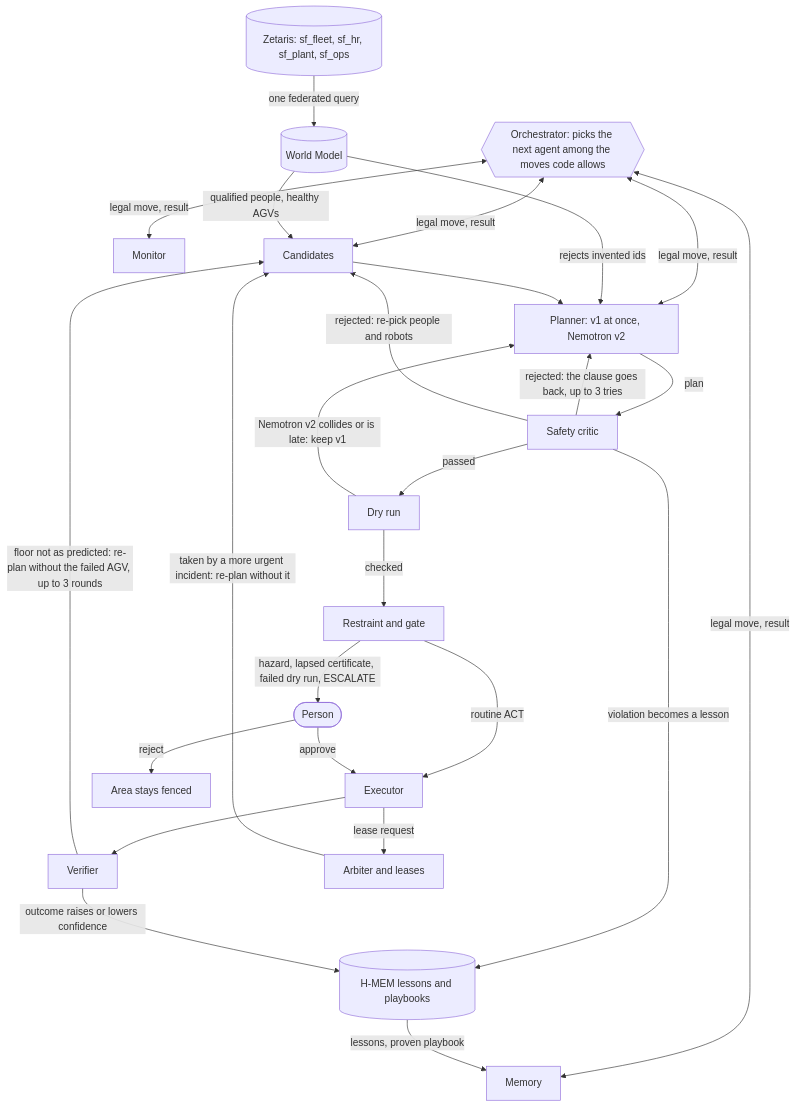
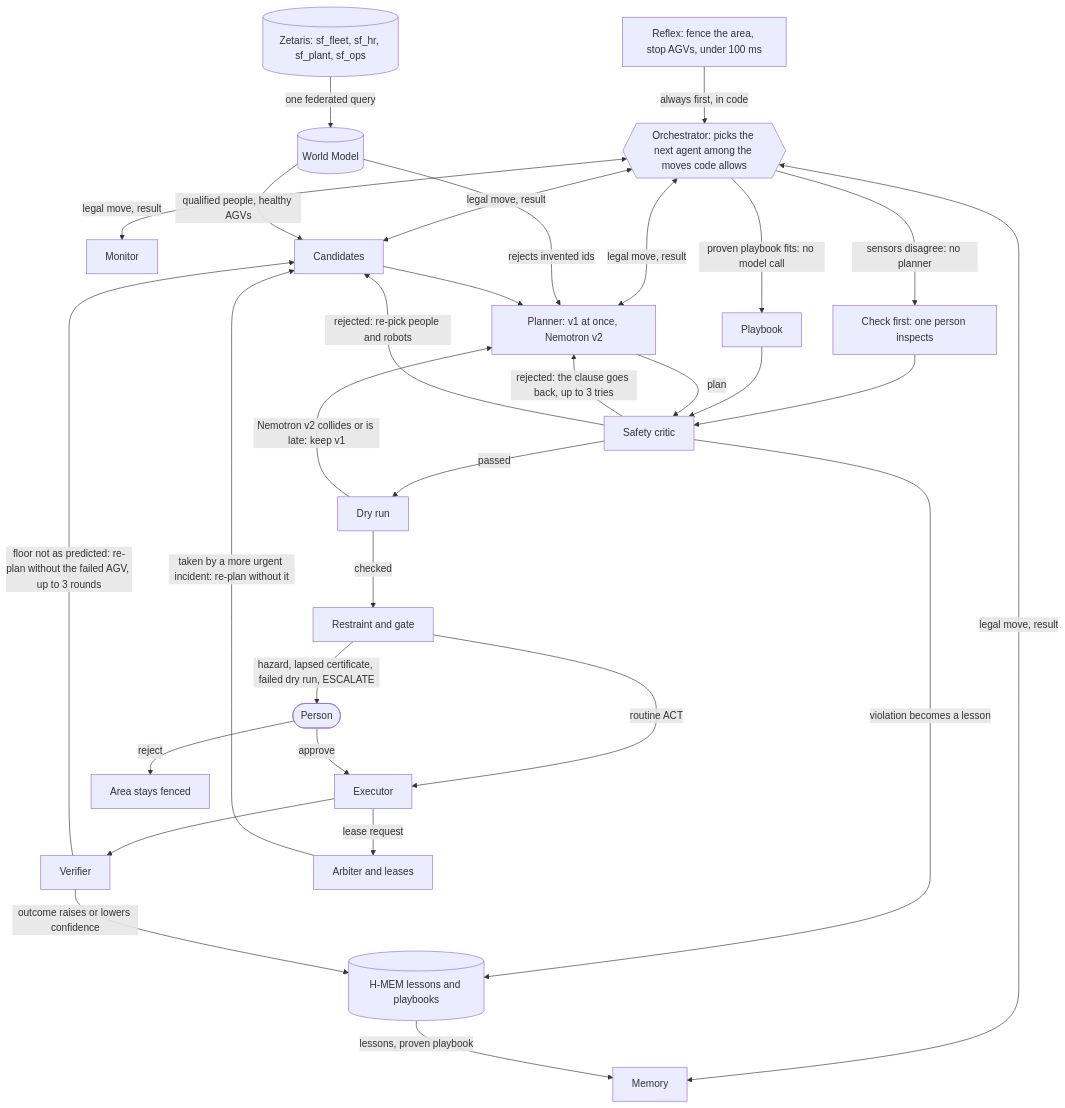
The first of 2 diagrams in docs/ARCHITECTURE.md (Hemanth-Raja/shopfloor-os), drawn with Mermaid before and after one commit. The commit also changed 1 other file, not shown here.

Commit message:
README: one section per topic, in problem-to-setup order
Order is now: demo and flow, problem and solution, results, How it works
(architecture image, agent collaboration diagrams, agents table), Examples,
Outputs, then Try it in 2 minutes, Setup, Usage, Sponsor technology and the
rest. Removed duplicates: the old incident flowchart (the hub diagram now
also shows the reflex, check first and playbook paths) and the table rows
for examples 1 to 3, which are shown above with screenshots. The request and
response format and the logs move from Usage into Outputs. Links and anchors
used by docs/ still resolve.

````diff
--- a/docs/ARCHITECTURE.md
+++ b/docs/ARCHITECTURE.md
@@ -13,44 +13,51 @@
 ```mermaid
 flowchart TB
   ZT[("Zetaris: sf_fleet, sf_hr, sf_plant, sf_ops")]
   WM[("World Model")]
   HM[("H-MEM lessons and playbooks")]
   O{{"Orchestrator: picks the next agent among the moves code allows"}}
   MON["Monitor"]
   MEM["Memory"]
   CAND["Candidates"]
   PLAN["Planner: v1 at once, Nemotron v2"]
   CRIT["Safety critic"]
   DRY["Dry run"]
   RG["Restraint and gate"]
   EXE["Executor"]
   VER["Verifier"]
   PER(["Person"])
   FEN["Area stays fenced"]
   ARB["Arbiter and leases"]
   ZT -->|"one federated query"| WM
+  RX["Reflex: fence the area, stop AGVs, under 100 ms"] -->|"always first, in code"| O
   O <-->|"legal move, result"| MON
   O <-->|"legal move, result"| MEM
   O <-->|"legal move, result"| CAND
   O <-->|"legal move, result"| PLAN
   HM -->|"lessons, proven playbook"| MEM
+  CHK["Check first: one person inspects"]
+  PB["Playbook"]
+  O -->|"sensors disagree: no planner"| CHK
+  O -->|"proven playbook fits: no model call"| PB
+  CHK --> CRIT
+  PB --> CRIT
   WM -->|"qualified people, healthy AGVs"| CAND
   WM -->|"rejects invented ids"| PLAN
   CAND --> PLAN
   PLAN -->|"plan"| CRIT
   CRIT -->|"rejected: the clause goes back, up to 3 tries"| PLAN
   CRIT -->|"rejected: re-pick people and robots"| CAND
   CRIT -->|"violation becomes a lesson"| HM
   CRIT -->|"passed"| DRY
   DRY -->|"Nemotron v2 collides or is late: keep v1"| PLAN
   DRY -->|"checked"| RG
   RG -->|"routine ACT"| EXE
   RG -->|"hazard, lapsed certificate, failed dry run, ESCALATE"| PER
   PER -->|"approve"| EXE
   PER -->|"reject"| FEN
   EXE -->|"lease request"| ARB
   ARB -->|"taken by a more urgent incident: re-plan without it"| CAND
   EXE --> VER
   VER -->|"floor not as predicted: re-plan without the failed AGV, up to 3 rounds"| CAND
   VER -->|"outcome raises or lowers confidence"| HM
 ```
````
